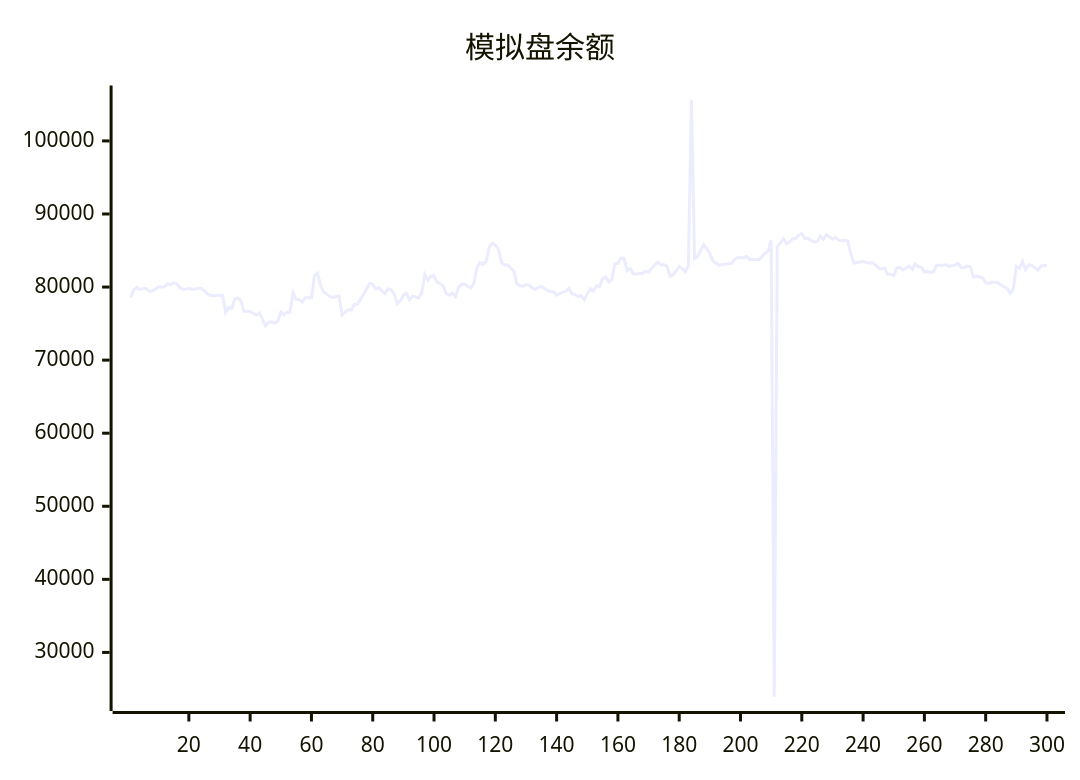
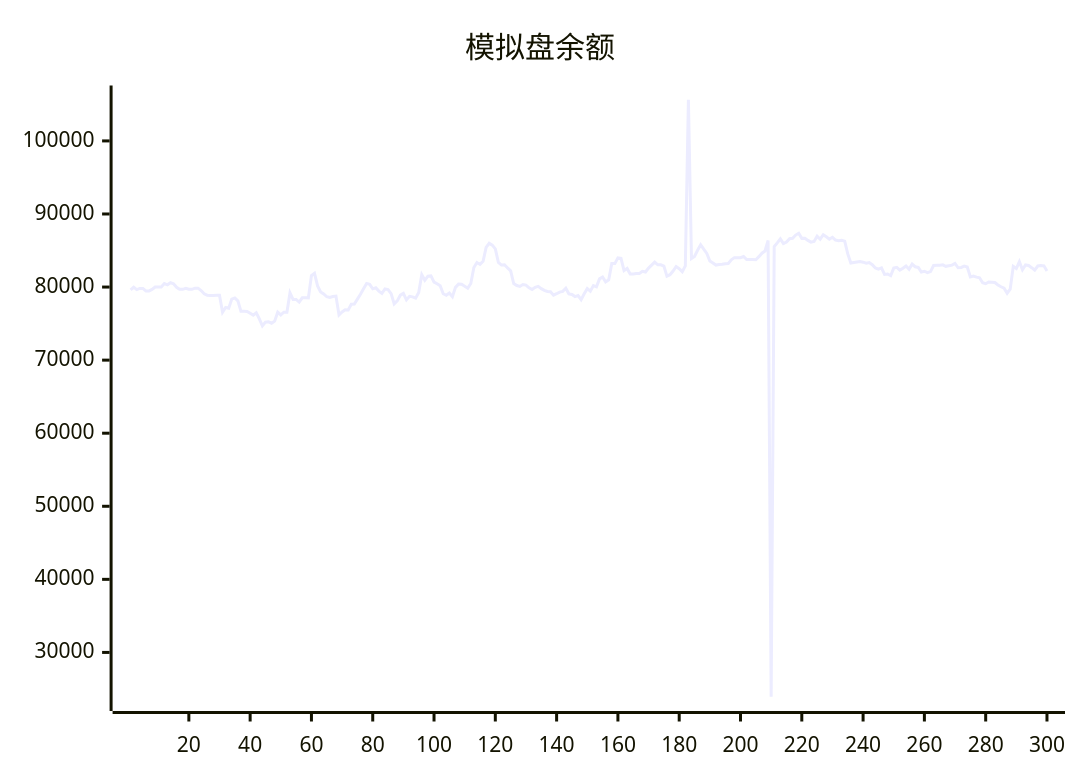
Before and after one commit to aahl/ai-trading: the diagram in README.md, drawn with Mermaid. The commit also changed other lines of this file and 1 other file, not shown here.

````diff
--- a/README.md
+++ b/README.md
@@ -5,5 +5,5 @@
 ```mermaid
 xychart
     title "模拟盘余额"
-    line [78563,79603,79988,79652,79813,79813,79476,79469,79673,79995,80015,80015,80486,80314,80600,80436,79966,79689,79689,79819,79692,79692,79850,79850,79518,79071,78889,78850,78850,78878,78878,76554,77202,77103,78357,78510,78106,76678,76677,76672,76411,76159,76485,75656,74695,75197,75246,75052,75334,76564,76179,76553,76551,79196,78300,78300,77944,78531,78531,78521,81564,81884,80160,79335,79055,78675,78580,78708,78764,76179,76586,76902,76876,77658,77669,78346,79023,79769,80497,80366,79761,79896,79448,79126,79749,79658,79097,77695,78114,78888,79126,78249,78738,78653,78478,79271,81680,80923,81488,81527,80681,80455,80190,79084,78879,79193,78686,79954,80403,80374,80118,79848,80491,82665,83351,83098,83525,85430,85983,85737,85221,83378,83014,83043,82613,82216,80477,80208,80081,80348,80277,79894,79670,79965,80093,79786,79542,79406,79371,78893,79087,79304,79406,79841,79072,78978,78696,78846,78272,79085,79787,79442,80198,80031,81120,81379,80718,80985,83214,83212,83993,83921,82270,82547,81776,81776,81866,81866,82158,82061,82596,83000,83408,83041,83050,82858,81503,81691,82188,82812,82517,82092,82901,105633,83898,84180,85030,85781,85178,84604,83569,83298,83008,83093,83107,83175,83228,83729,84025,84017,84019,84177,83775,83762,83785,83738,84160,84639,84939,86370,23934,85548,86046,86599,85942,86161,86622,86664,87115,87369,86666,86685,86384,86152,86243,86969,86548,87164,86885,86566,86809,86427,86348,86417,86273,84538,83299,83369,83430,83490,83404,83270,83362,83056,82605,82459,82614,81734,81788,81551,82598,82702,82320,82580,82878,82426,83139,82778,82686,82056,82166,81963,82110,82951,82983,82984,83038,82838,82915,82998,83235,82642,82682,82858,82746,81396,81512,81362,81277,80600,80461,80699,80673,80616,80288,80038,79836,79142,79722,82837,82533,83480,82366,83032,82960,82654,82330,82883,82934,82901]
+    line [79603,79988,79652,79813,79813,79476,79469,79673,79995,80015,80015,80486,80314,80600,80436,79966,79689,79689,79819,79692,79692,79850,79850,79518,79071,78889,78850,78850,78878,78878,76554,77202,77103,78357,78510,78106,76678,76677,76672,76411,76159,76485,75656,74695,75197,75246,75052,75334,76564,76179,76553,76551,79196,78300,78300,77944,78531,78531,78521,81564,81884,80160,79335,79055,78675,78580,78708,78764,76179,76586,76902,76876,77658,77669,78346,79023,79769,80497,80366,79761,79896,79448,79126,79749,79658,79097,77695,78114,78888,79126,78249,78738,78653,78478,79271,81680,80923,81488,81527,80681,80455,80190,79084,78879,79193,78686,79954,80403,80374,80118,79848,80491,82665,83351,83098,83525,85430,85983,85737,85221,83378,83014,83043,82613,82216,80477,80208,80081,80348,80277,79894,79670,79965,80093,79786,79542,79406,79371,78893,79087,79304,79406,79841,79072,78978,78696,78846,78272,79085,79787,79442,80198,80031,81120,81379,80718,80985,83214,83212,83993,83921,82270,82547,81776,81776,81866,81866,82158,82061,82596,83000,83408,83041,83050,82858,81503,81691,82188,82812,82517,82092,82901,105633,83898,84180,85030,85781,85178,84604,83569,83298,83008,83093,83107,83175,83228,83729,84025,84017,84019,84177,83775,83762,83785,83738,84160,84639,84939,86370,23934,85548,86046,86599,85942,86161,86622,86664,87115,87369,86666,86685,86384,86152,86243,86969,86548,87164,86885,86566,86809,86427,86348,86417,86273,84538,83299,83369,83430,83490,83404,83270,83362,83056,82605,82459,82614,81734,81788,81551,82598,82702,82320,82580,82878,82426,83139,82778,82686,82056,82166,81963,82110,82951,82983,82984,83038,82838,82915,82998,83235,82642,82682,82858,82746,81396,81512,81362,81277,80600,80461,80699,80673,80616,80288,80038,79836,79142,79722,82837,82533,83480,82366,83032,82960,82654,82330,82883,82934,82901,82188]
 ```
````
